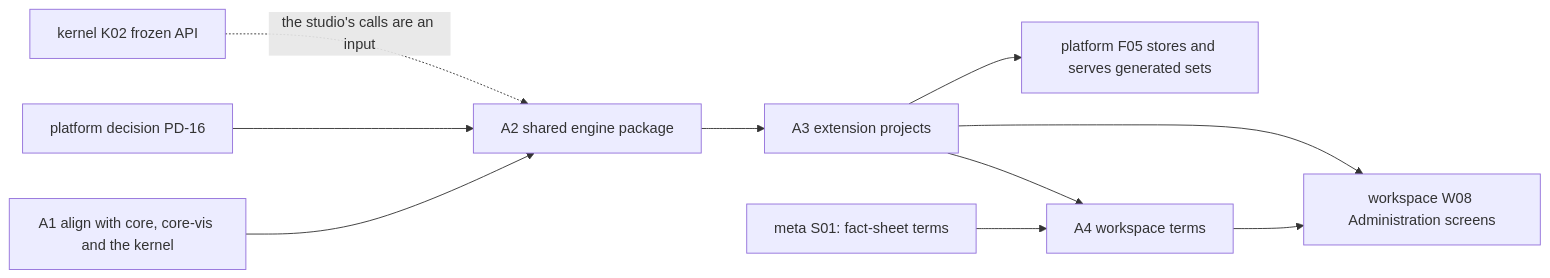
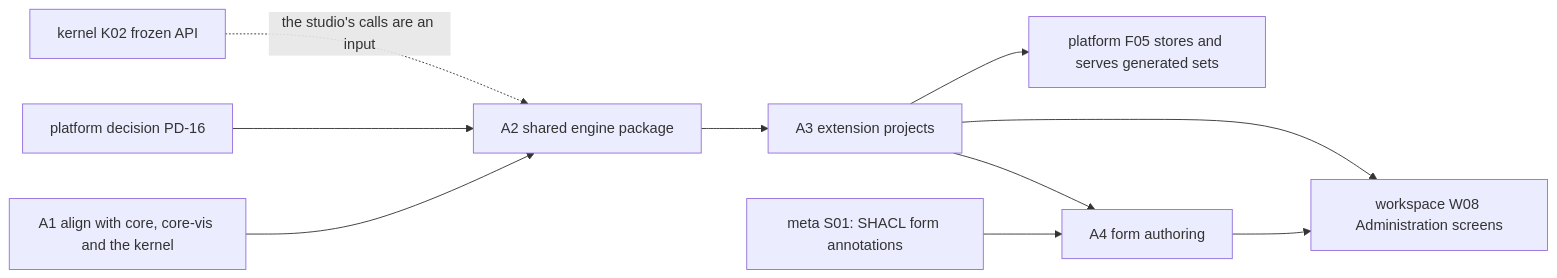
Before and after one commit to linked-archi/metamodel-studio: the diagram in .agents/specs/studio/plan.md, drawn with Mermaid. The commit also changed other lines of this file and 22 other files, not shown here.

````diff
--- a/.agents/specs/studio/plan.md
+++ b/.agents/specs/studio/plan.md
@@ -7,12 +7,12 @@
 ```mermaid
 flowchart LR
     A1[A1 align with core, core-vis and the kernel] --> A2[A2 shared engine package]
     PD16[platform decision PD-16] --> A2
     A2 --> A3[A3 extension projects]
-    S01[meta S01: fact-sheet terms] --> A4[A4 workspace terms]
+    S01[meta S01: SHACL form annotations] --> A4[A4 form authoring]
     A3 --> A4
     A3 --> W08[workspace W08 Administration screens]
     A4 --> W08
     A3 --> F05[platform F05 stores and serves generated sets]
     K02[kernel K02 frozen API] -. the studio's calls are an input .-> A2
 ```
````
